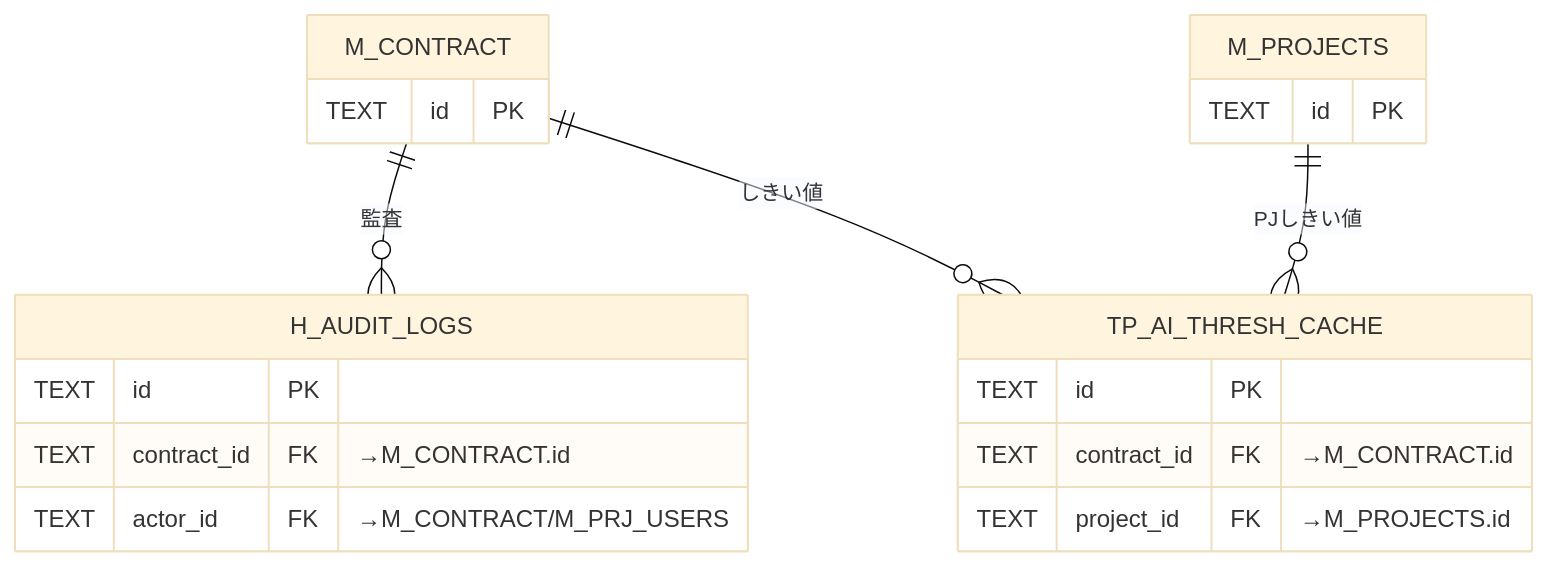
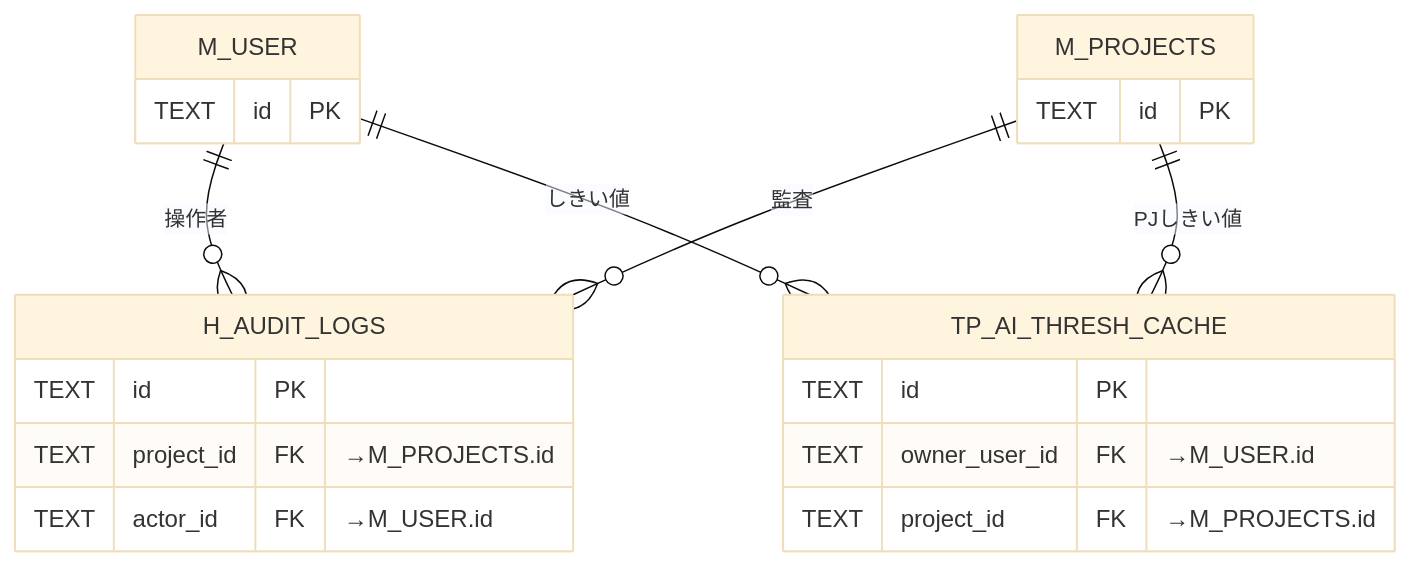
Diagram 12 of 12 in 02_basic_design/02_backend/04_database/index.md (sikakou54/open-faq), drawn with Mermaid (base theme) before and after one commit. The commit also changed other lines of this file and 294 other files, not shown here.

````diff
--- a/02_basic_design/02_backend/04_database/index.md
+++ b/02_basic_design/02_backend/04_database/index.md
@@ -304,14 +307,15 @@
 ```mermaid
 erDiagram
-  M_CONTRACT { TEXT id PK }
+  M_USER { TEXT id PK }
   M_PROJECTS { TEXT id PK }
   H_AUDIT_LOGS { TEXT id PK
-    TEXT contract_id FK "→M_CONTRACT.id"
-    TEXT actor_id FK "→M_CONTRACT/M_PRJ_USERS" }
+    TEXT project_id FK "→M_PROJECTS.id"
+    TEXT actor_id FK "→M_USER.id" }
   TP_AI_THRESH_CACHE { TEXT id PK
-    TEXT contract_id FK "→M_CONTRACT.id"
+    TEXT owner_user_id FK "→M_USER.id"
     TEXT project_id FK "→M_PROJECTS.id" }
-  M_CONTRACT ||--o{ H_AUDIT_LOGS : "監査"
-  M_CONTRACT ||--o{ TP_AI_THRESH_CACHE : "しきい値"
+  M_PROJECTS ||--o{ H_AUDIT_LOGS : "監査"
+  M_USER ||--o{ H_AUDIT_LOGS : "操作者"
+  M_USER ||--o{ TP_AI_THRESH_CACHE : "しきい値"
   M_PROJECTS ||--o{ TP_AI_THRESH_CACHE : "PJしきい値"
 ```
````
